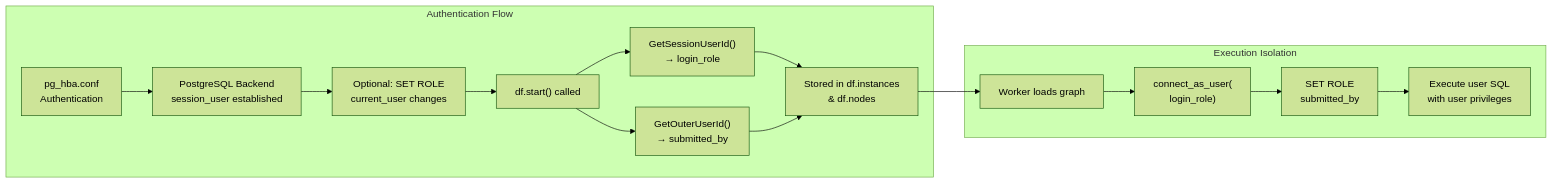
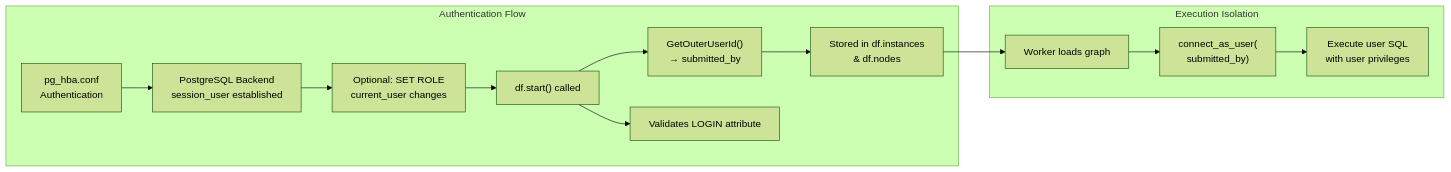
One commit to microsoft/pg_durable changed the third of 4 diagrams in docs/security-review/ThreatModelDFD.md. Above: the diagram before and after it, drawn with Mermaid (forest theme). The commit also changed other lines of this file and 7 other files, not shown here.

````diff
--- a/docs/security-review/ThreatModelDFD.md
+++ b/docs/security-review/ThreatModelDFD.md
@@ -411,19 +411,17 @@
 ```mermaid
 graph LR
     subgraph TB-AUTH["Authentication Flow"]
         A["pg_hba.conf<br/>Authentication"] --> B["PostgreSQL Backend<br/>session_user established"]
         B --> C["Optional: SET ROLE<br/>current_user changes"]
         C --> D["df.start() called"]
-        D --> E["GetSessionUserId()<br/>→ login_role"]
         D --> F["GetOuterUserId()<br/>→ submitted_by"]
-        E --> G["Stored in df.instances<br/>& df.nodes"]
-        F --> G
+        D --> V["Validates LOGIN attribute"]
+        F --> G["Stored in df.instances<br/>& df.nodes"]
     end
 
     subgraph TB-EXEC["Execution Isolation"]
         G --> H["Worker loads graph"]
-        H --> I["connect_as_user(<br/>login_role)"]
-        I --> J["SET ROLE<br/>submitted_by"]
-        J --> K["Execute user SQL<br/>with user privileges"]
+        H --> I["connect_as_user(<br/>submitted_by)"]
+        I --> K["Execute user SQL<br/>with user privileges"]
     end
 ```
````
